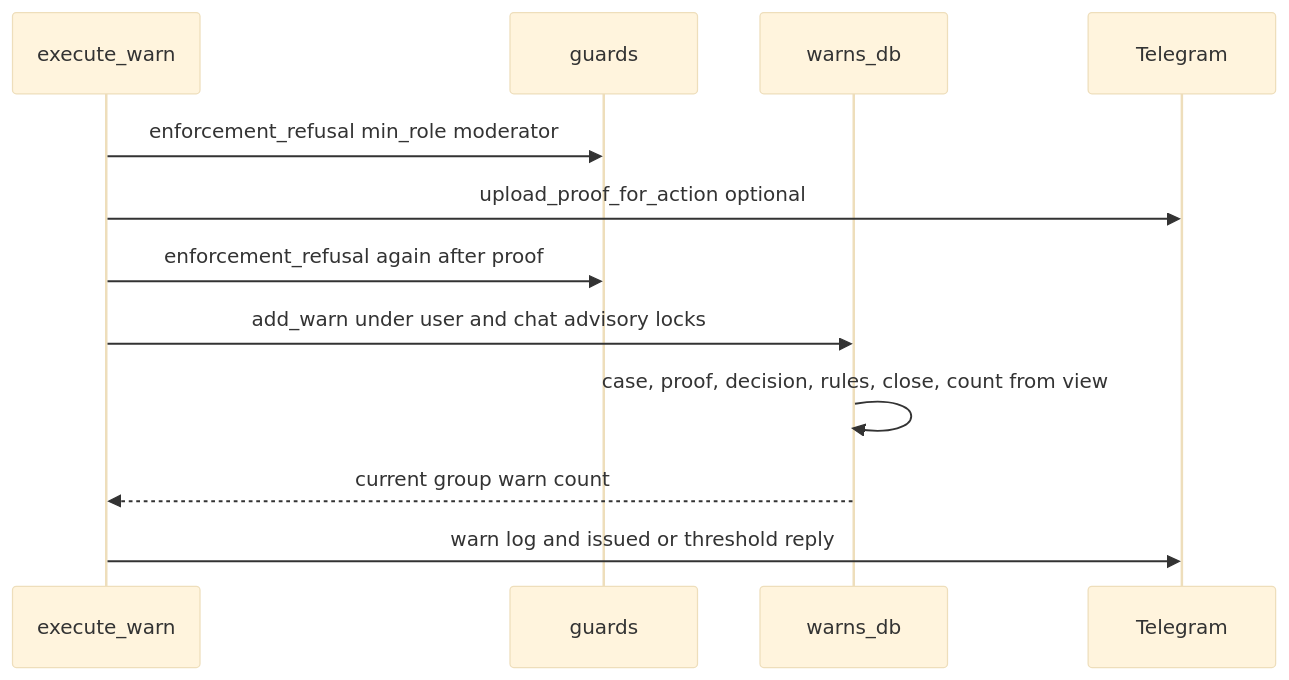
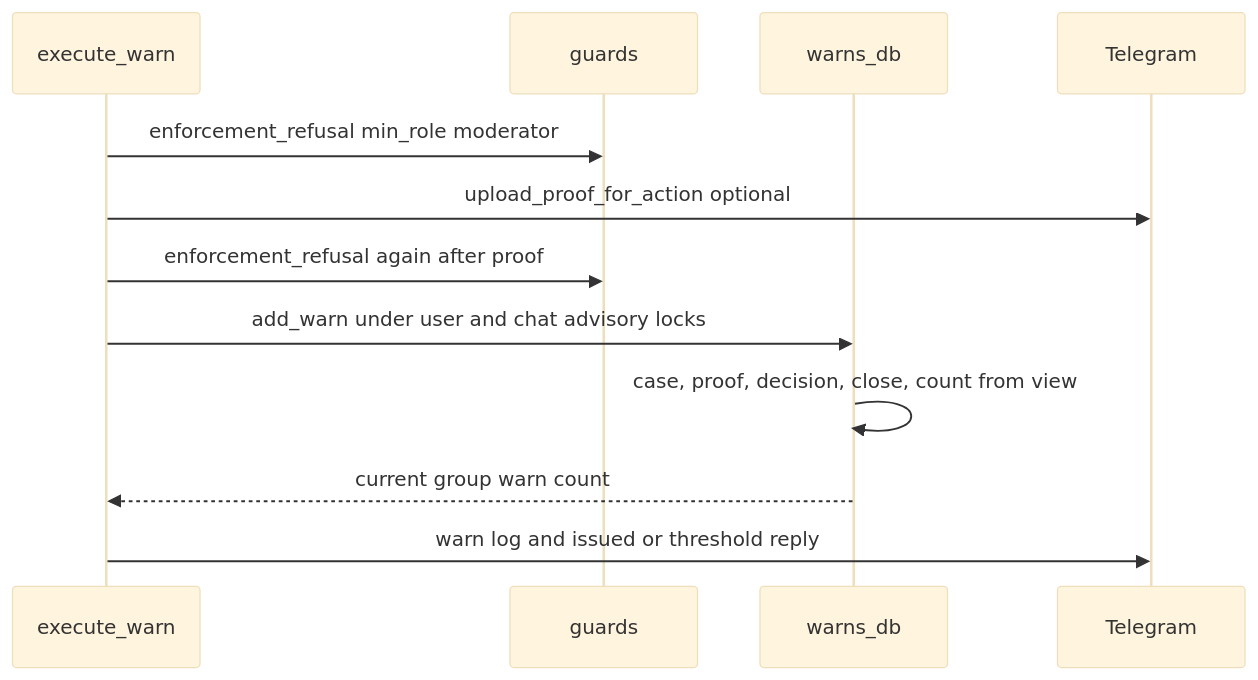
Before and after one commit to D1ZZY4/tcbot: the first of 3 diagrams in docs/flows/warning.md, drawn with Mermaid (base theme). The commit also changed other lines of this file and 62 other files, not shown here.

````diff
--- a/docs/flows/warning.md
+++ b/docs/flows/warning.md
@@ -41,14 +37,14 @@
 ```mermaid
 sequenceDiagram
     participant Flow as execute_warn
     participant Guard as guards
     participant DB as warns_db
     participant Bot as Telegram
     Flow->>Guard: enforcement_refusal min_role moderator
     Flow->>Bot: upload_proof_for_action optional
     Flow->>Guard: enforcement_refusal again after proof
     Flow->>DB: add_warn under user and chat advisory locks
-    DB->>DB: case, proof, decision, rules, close, count from view
+    DB->>DB: case, proof, decision, close, count from view
     DB-->>Flow: current group warn count
     Flow->>Bot: warn log and issued or threshold reply
 ```
````
